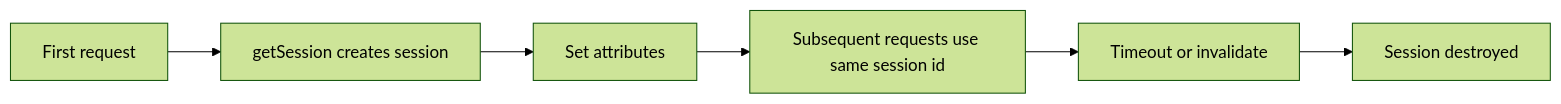
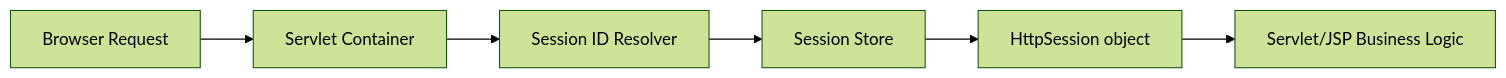
Before and after one commit to prashantnag/webtech2025.classes.prashantnag.com: the first of 3 diagrams in lectures/lecture-28.qmd, drawn with Mermaid (forest theme). The commit also changed other lines of this file and 2 other files, not shown here.

````diff
--- a/lectures/lecture-28.qmd
+++ b/lectures/lecture-28.qmd
@@ -105,9 +88,9 @@
 ```{mermaid}
-%%| fig-height: 3.8
+%%| fig-height: 4.0
 flowchart LR
-  A[First request] --> B[getSession creates session]
-  B --> C[Set attributes]
-  C --> D[Subsequent requests use same session id]
-  D --> E[Timeout or invalidate]
-  E --> F[Session destroyed]
+  A[Browser Request] --> B[Servlet Container]
+  B --> C[Session ID Resolver]
+  C --> D[Session Store]
+  D --> E[HttpSession object]
+  E --> F[Servlet/JSP Business Logic]
 ```
````
